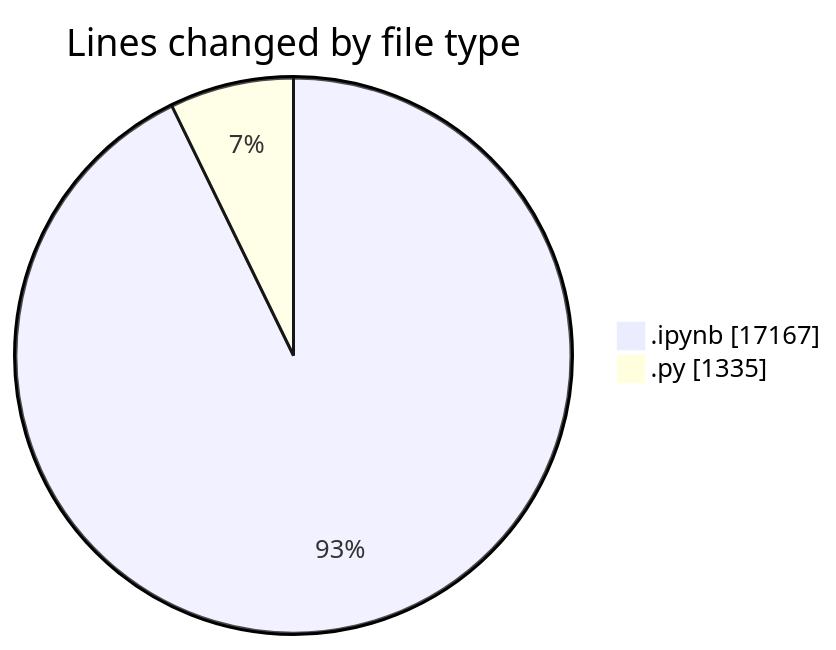
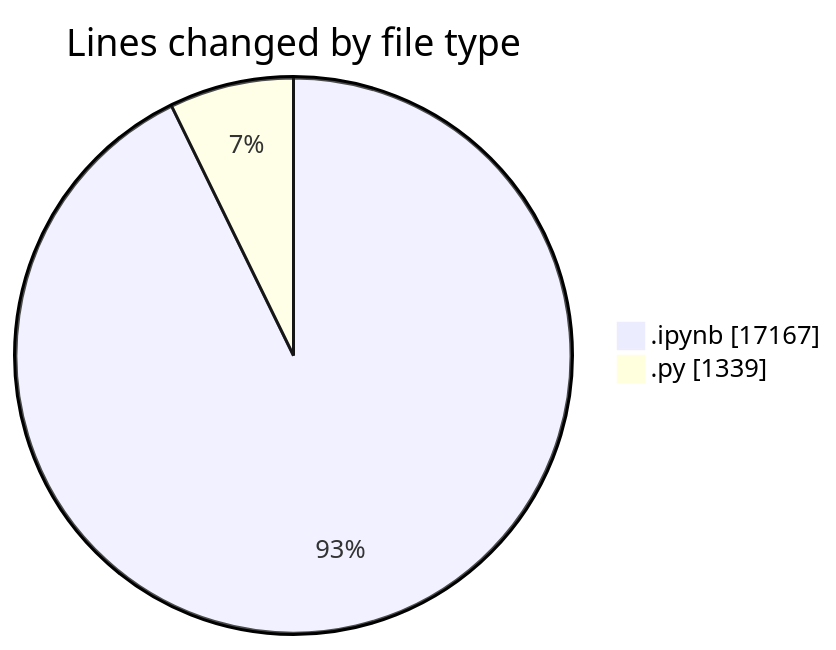
One commit to MatusMokan/code-tracking changed the first of 2 diagrams in 2025-05-07/myws__workspace_/README.md. Above: the diagram before and after it, drawn with Mermaid. The commit also changed other lines of this file and 1 other file, not shown here.

````diff
--- a/2025-05-07/myws__workspace_/README.md
+++ b/2025-05-07/myws__workspace_/README.md
@@ -21,6 +21,6 @@
 ```mermaid
 pie showData
 title Lines changed by file type
 ".ipynb" : 17167
-".py" : 1335
+".py" : 1339
 ```
````
